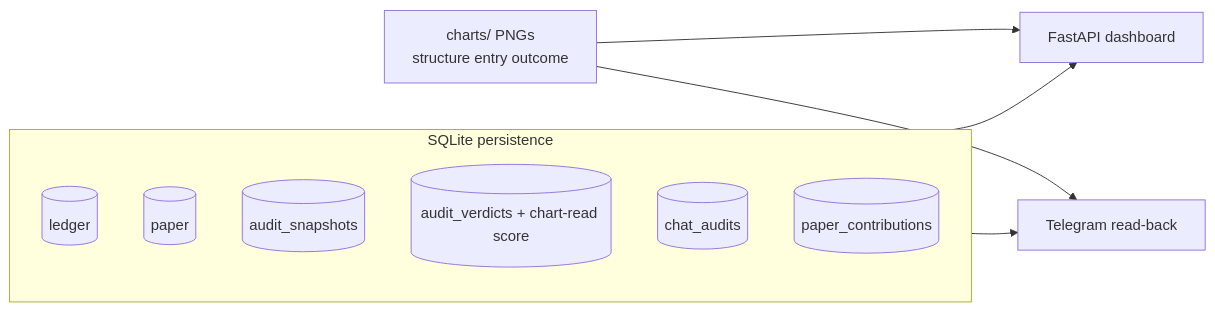
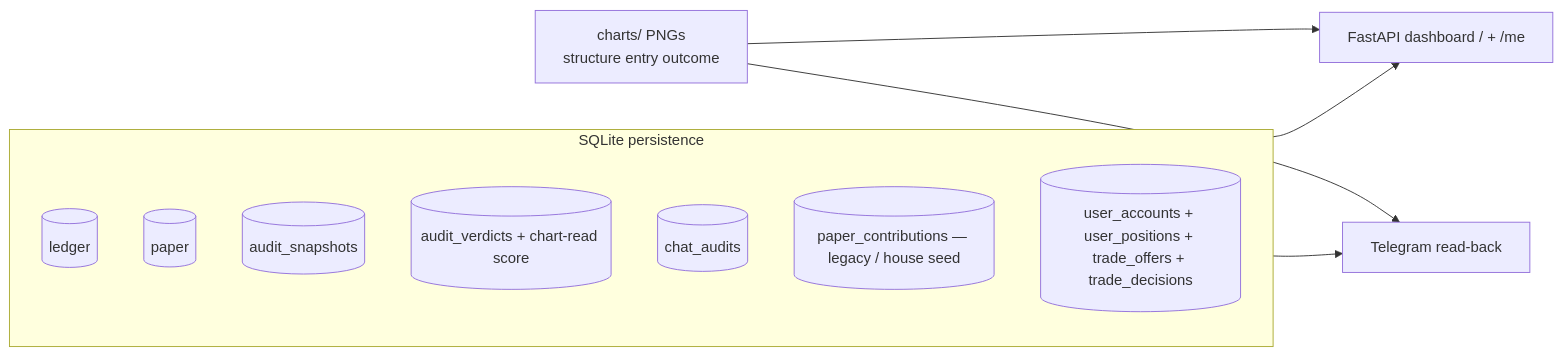
The sixth of 6 diagrams in deploy/PROJECT_STATE.md (abagui11/eth-trading-bot), drawn with Mermaid before and after one commit. The commit also changed other lines of this file and 37 other files, not shown here.

````diff
--- a/deploy/PROJECT_STATE.md
+++ b/deploy/PROJECT_STATE.md
@@ -197,16 +206,17 @@
 ```mermaid
 flowchart LR
     subgraph STORE["SQLite persistence"]
         DB1[(ledger)]
         DB2[(paper)]
         DB3[(audit_snapshots)]
         DB4[(audit_verdicts + chart-read score)]
         DB5[(chat_audits)]
-        DB6[(paper_contributions)]
+        DB6[(paper_contributions — legacy / house seed)]
+        DB7[(user_accounts + user_positions + trade_offers + trade_decisions)]
     end
 
-    STORE --> DASH[FastAPI dashboard]
+    STORE --> DASH[FastAPI dashboard / + /me]
     STORE --> TG[Telegram read-back]
     PNG[charts/ PNGs<br/>structure entry outcome] --> DASH
     PNG --> TG
 ```
````
